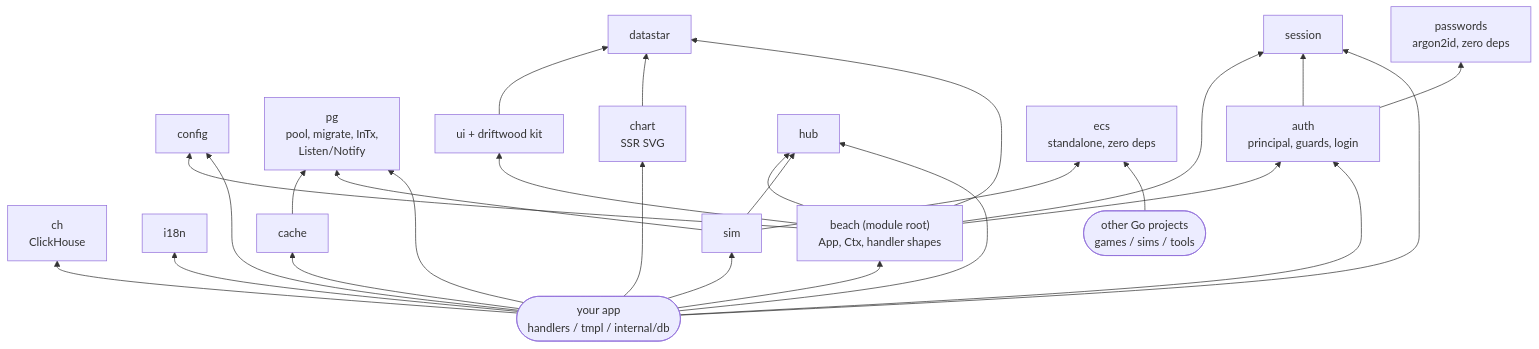
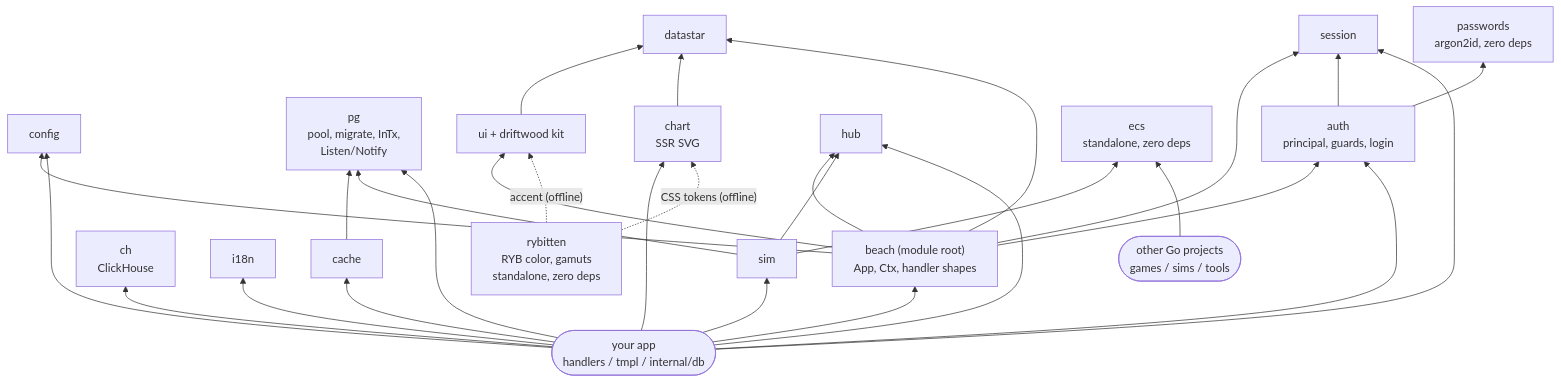
One commit to ThirdCoastInteractive/Beach changed the second of 2 diagrams in docs/README.md. Above: the diagram before and after it, drawn with Mermaid. The commit also changed other lines of this file and 40 other files, not shown here.

First line of the commit message:
css: replace Stellar/Datastar Pro with Tailwind v4 + rybitten

````diff
--- a/docs/README.md
+++ b/docs/README.md
@@ -49,47 +49,50 @@
 ```mermaid
 flowchart BT
     config["config"]
     pg["pg<br/>pool, migrate, InTx,<br/>Listen/Notify"]
     datastar["datastar"]
     ui["ui + driftwood kit"]
     chart["chart<br/>SSR SVG"]
+    rybitten["rybitten<br/>RYB color, gamuts<br/>standalone, zero deps"]
     ch["ch<br/>ClickHouse"]
     i18n["i18n"]
     beach["beach (module root)<br/>App, Ctx, handler shapes"]
     hub["hub"]
     cache["cache"]
     session["session"]
     passwords["passwords<br/>argon2id, zero deps"]
     auth["auth<br/>principal, guards, login"]
     ecs["ecs<br/>standalone, zero deps"]
     sim["sim"]
     app(["your app<br/>handlers / tmpl / internal/db"])
     other(["other Go projects<br/>games / sims / tools"])
 
     ui --> datastar
     chart --> datastar
     beach --> ui
     beach --> datastar
     beach --> config
     beach --> session
     beach --> hub
     beach --> auth
     auth --> passwords
     auth --> session
     cache --> pg
     sim --> ecs
     sim --> hub
     sim --> pg
     app --> beach
     app --> hub
     app --> cache
     app --> session
     app --> auth
     app --> sim
     app --> chart
     app --> ch
     app --> i18n
     app --> pg
     app --> config
     other --> ecs
+    rybitten -. "CSS tokens (offline)" .-> chart
+    rybitten -. "accent (offline)" .-> ui
 ```
````
